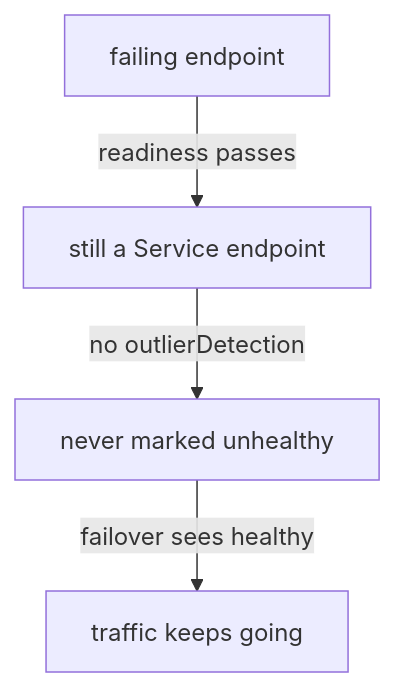
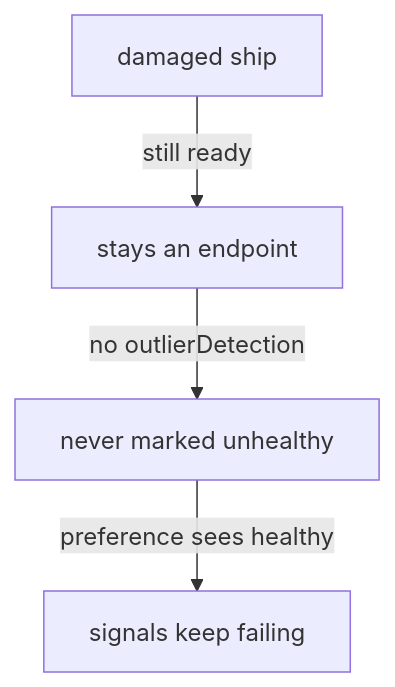
One commit to astrona-io/ATS014 changed the diagram in sections/section-040/module-04/course-03-the-health-dependency-and-scope.md. Above: the diagram before and after it, drawn with Mermaid. The commit also changed other lines of this file and 813 other files, not shown here.

````diff
--- a/sections/section-040/module-04/course-03-the-health-dependency-and-scope.md
+++ b/sections/section-040/module-04/course-03-the-health-dependency-and-scope.md
@@ -11,6 +11,6 @@
 ```mermaid
 flowchart TB
-    E["failing endpoint"] -->|"readiness passes"| P["still a Service endpoint"]
+    E["damaged ship"] -->|"still ready"| P["stays an endpoint"]
     P -->|"no outlierDetection"| O["never marked unhealthy"]
-    O -->|"failover sees healthy"| N["traffic keeps going"]
+    O -->|"preference sees healthy"| N["signals keep failing"]
 ```
````
